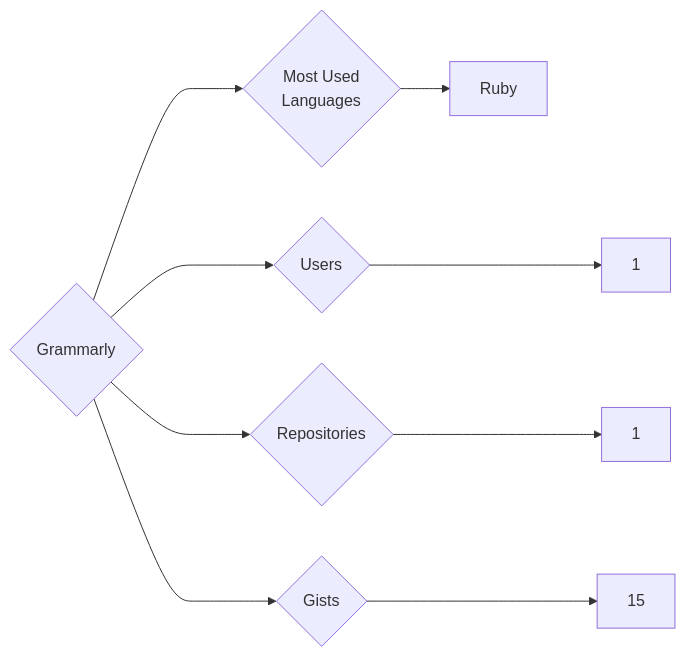
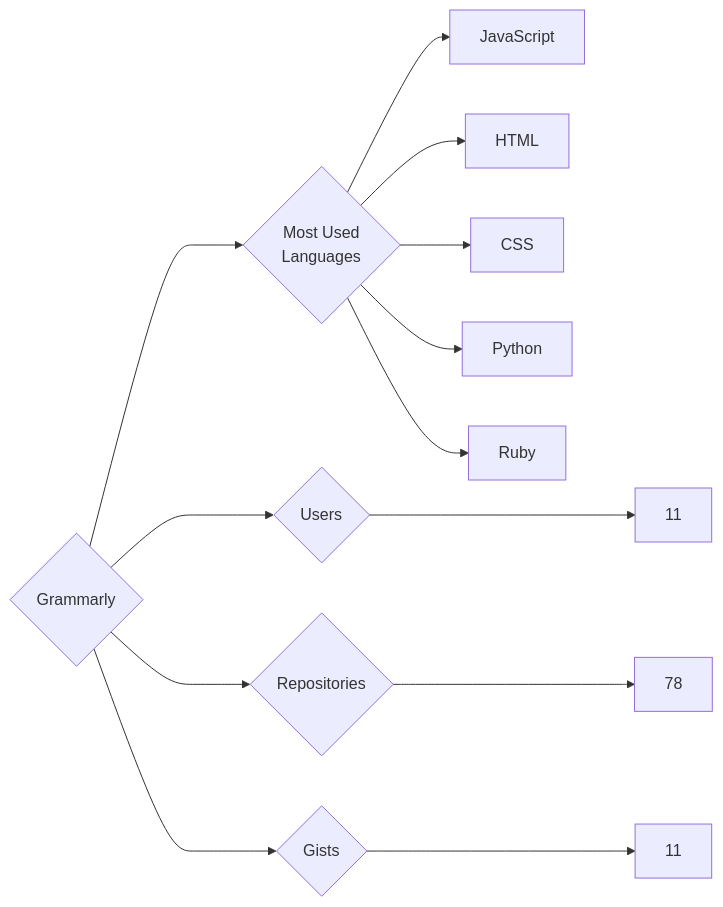
Before and after one commit to trickest/insiders: the diagram in targets/Grammarly/README.md, drawn with Mermaid. The commit also changed 1003 other files, not shown here.

````diff
--- a/targets/Grammarly/README.md
+++ b/targets/Grammarly/README.md
@@ -3,9 +3,13 @@
 ```mermaid
 graph LR
 COMPANY_NAME{Grammarly}
-COMPANY_NAME ---> U{Users} ---> UN[1]
-COMPANY_NAME ---> R{Repositories} ---> RN[1]
-COMPANY_NAME ---> G{Gists} ---> GN[15]
+COMPANY_NAME ---> U{Users} ---> UN[11]
+COMPANY_NAME ---> R{Repositories} ---> RN[78]
+COMPANY_NAME ---> G{Gists} ---> GN[11]
 COMPANY_NAME ---> ML{Most Used<br>Languages}
+ML --> JavaScript[JavaScript]
+ML --> HTML[HTML]
+ML --> CSS[CSS]
+ML --> Python[Python]
 ML --> Ruby[Ruby]
 ```
````
